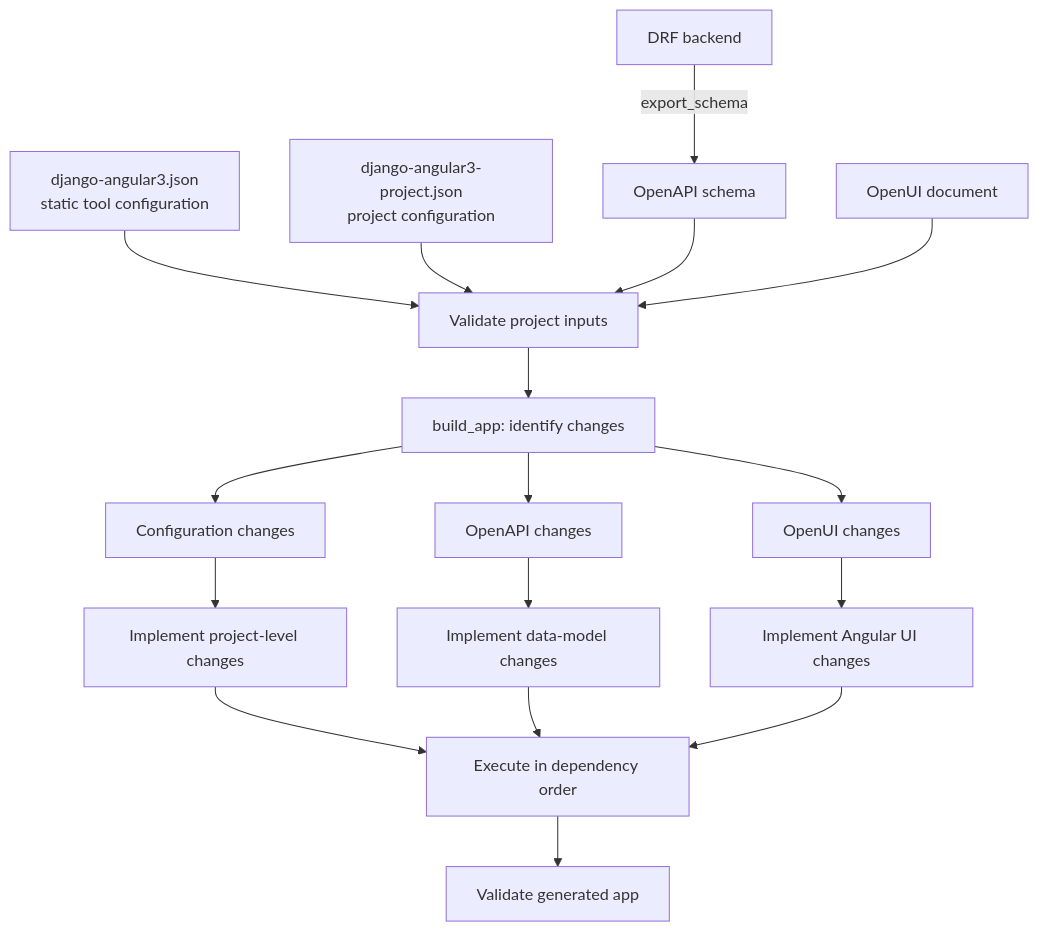
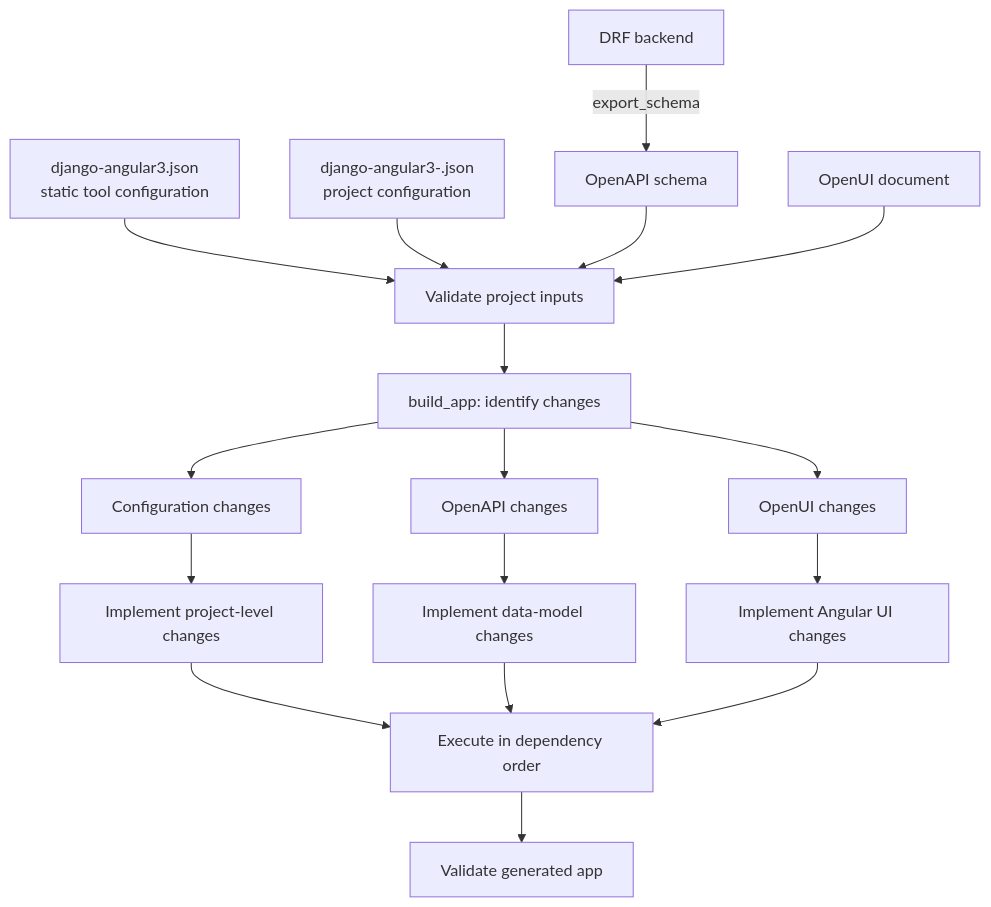
Before and after one commit to shlomoa/django-angular3: the diagram in docs/workflow.md, drawn with Mermaid. The commit also changed 31 other files, not shown here.

````diff
--- a/docs/workflow.md
+++ b/docs/workflow.md
@@ -22,19 +22,19 @@
 ```{mermaid}
 flowchart TD
   toolConfig[django-angular3.json<br/>static tool configuration] --> validate[Validate project inputs]
-  projectConfig[django-angular3-project.json<br/>project configuration] --> validate
+  projectConfig[django-angular3-<project_name>.json<br/>project configuration] --> validate
   drf[DRF backend] -->|export_schema| schema[OpenAPI schema]
   schema --> validate
   openui[OpenUI document] --> validate
   validate --> identify[build_app: identify changes]
   identify --> configChanges[Configuration changes]
   identify --> schemaChanges[OpenAPI changes]
   identify --> openuiChanges[OpenUI changes]
   configChanges --> project[Implement project-level changes]
   schemaChanges --> dataModel[Implement data-model changes]
   openuiChanges --> angularUi[Implement Angular UI changes]
   project --> execute[Execute in dependency order]
   dataModel --> execute
   angularUi --> execute
   execute --> verify[Validate generated app]
 ```
````
